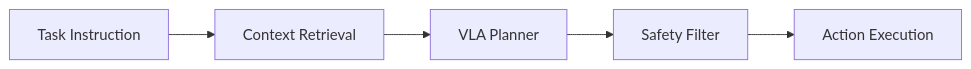
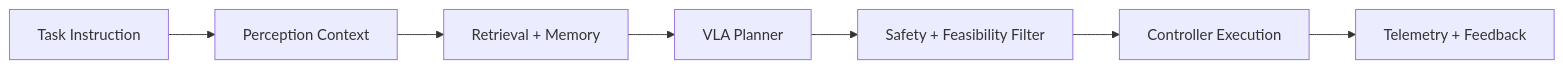
Before and after one commit to MariumAfzal2703/physical-ai-humanoid-robotics-textbook: the diagram in docs/module-4-vla/overview.mdx, drawn with Mermaid. The commit also changed other lines of this file and 22 other files, not shown here.

````diff
--- a/docs/module-4-vla/overview.mdx
+++ b/docs/module-4-vla/overview.mdx
@@ -15,7 +23,9 @@
 ```mermaid
 flowchart LR
-  A[Task Instruction] --> B[Context Retrieval]
-  B --> C[VLA Planner]
-  C --> D[Safety Filter]
-  D --> E[Action Execution]
+  A[Task Instruction] --> B[Perception Context]
+  B --> C[Retrieval + Memory]
+  C --> D[VLA Planner]
+  D --> E[Safety + Feasibility Filter]
+  E --> F[Controller Execution]
+  F --> G[Telemetry + Feedback]
 ```
````
